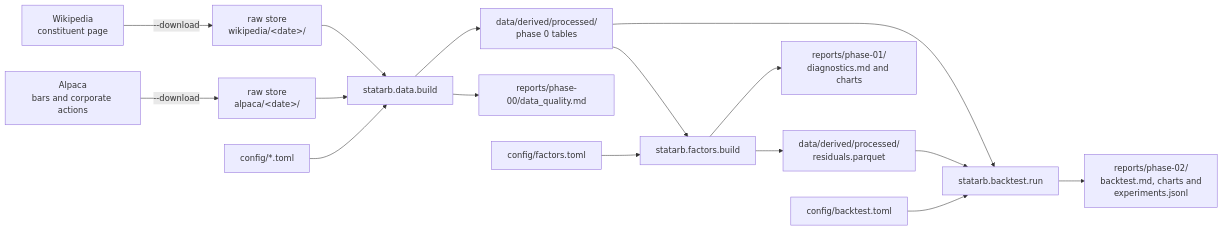
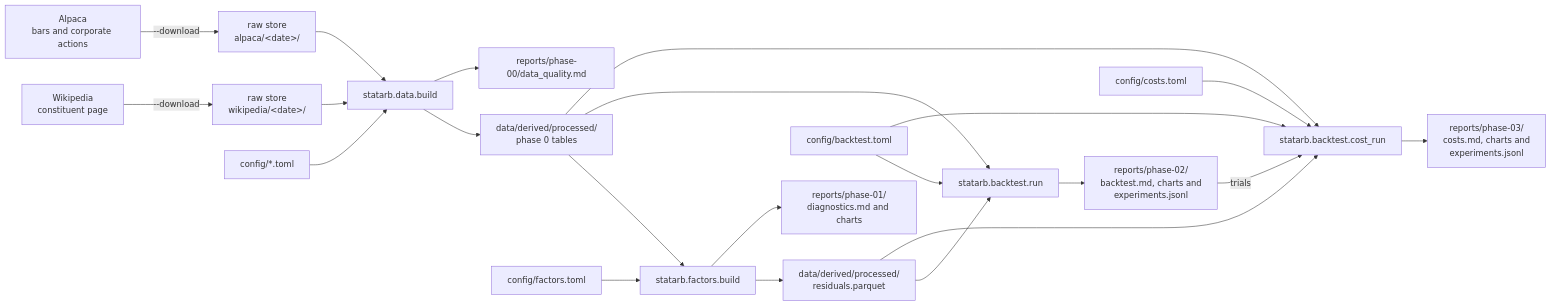
The diagram in docs/architecture.md (tcrossland/stat-arb-from-scratch), drawn with Mermaid before and after one commit. The commit also changed other lines of this file and 14 other files, not shown here.

````diff
--- a/docs/architecture.md
+++ b/docs/architecture.md
@@ -7,18 +7,24 @@
 ```mermaid
 flowchart LR
     W["Wikipedia<br/>constituent page"] -->|--download| RW["raw store<br/>wikipedia/&lt;date&gt;/"]
     A["Alpaca<br/>bars and corporate actions"] -->|--download| RA["raw store<br/>alpaca/&lt;date&gt;/"]
     RW --> B["statarb.data.build"]
     RA --> B
     C["config/*.toml"] --> B
     B --> P["data/derived/processed/<br/>phase 0 tables"]
     B --> Q["reports/phase-00/data_quality.md"]
     P --> F["statarb.factors.build"]
     CF["config/factors.toml"] --> F
     F --> RS["data/derived/processed/<br/>residuals.parquet"]
     F --> FR["reports/phase-01/<br/>diagnostics.md and charts"]
     P --> BT["statarb.backtest.run"]
     RS --> BT
     CB["config/backtest.toml"] --> BT
     BT --> BR["reports/phase-02/<br/>backtest.md, charts and<br/>experiments.jsonl"]
+    P --> CR["statarb.backtest.cost_run"]
+    RS --> CR
+    CB --> CR
+    CC["config/costs.toml"] --> CR
+    BR -->|trials| CR
+    CR --> CRR["reports/phase-03/<br/>costs.md, charts and<br/>experiments.jsonl"]
 ```
````
